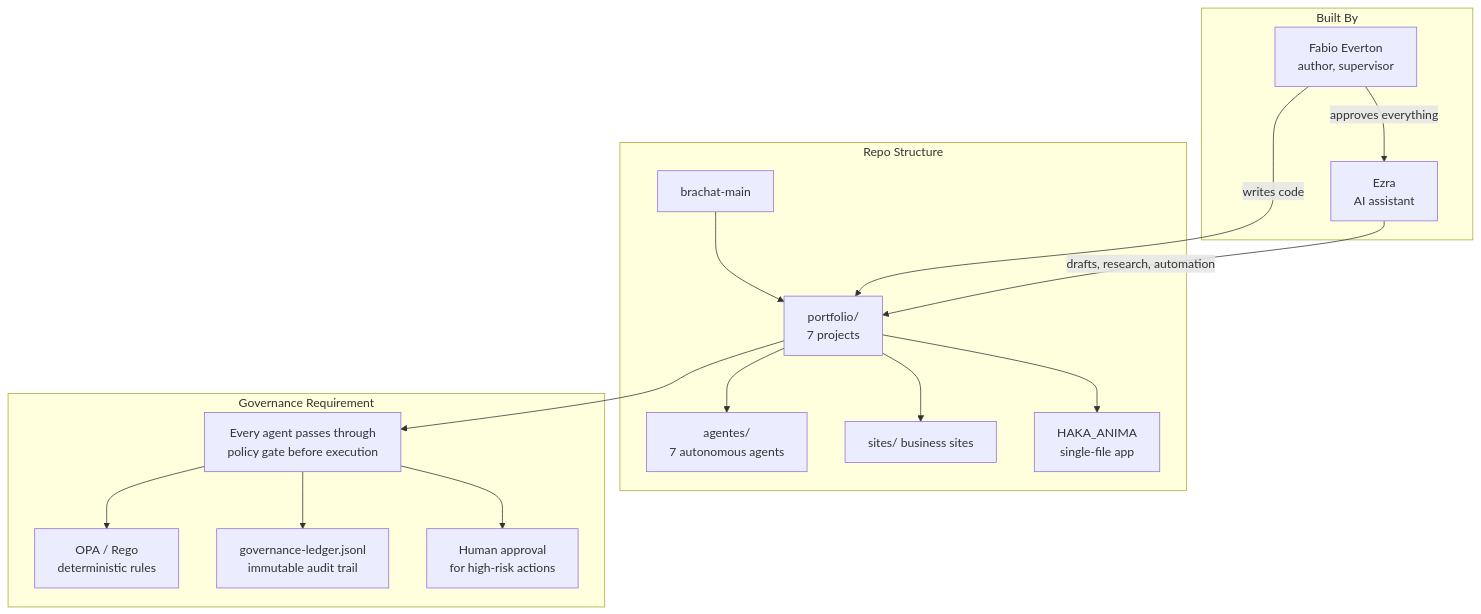
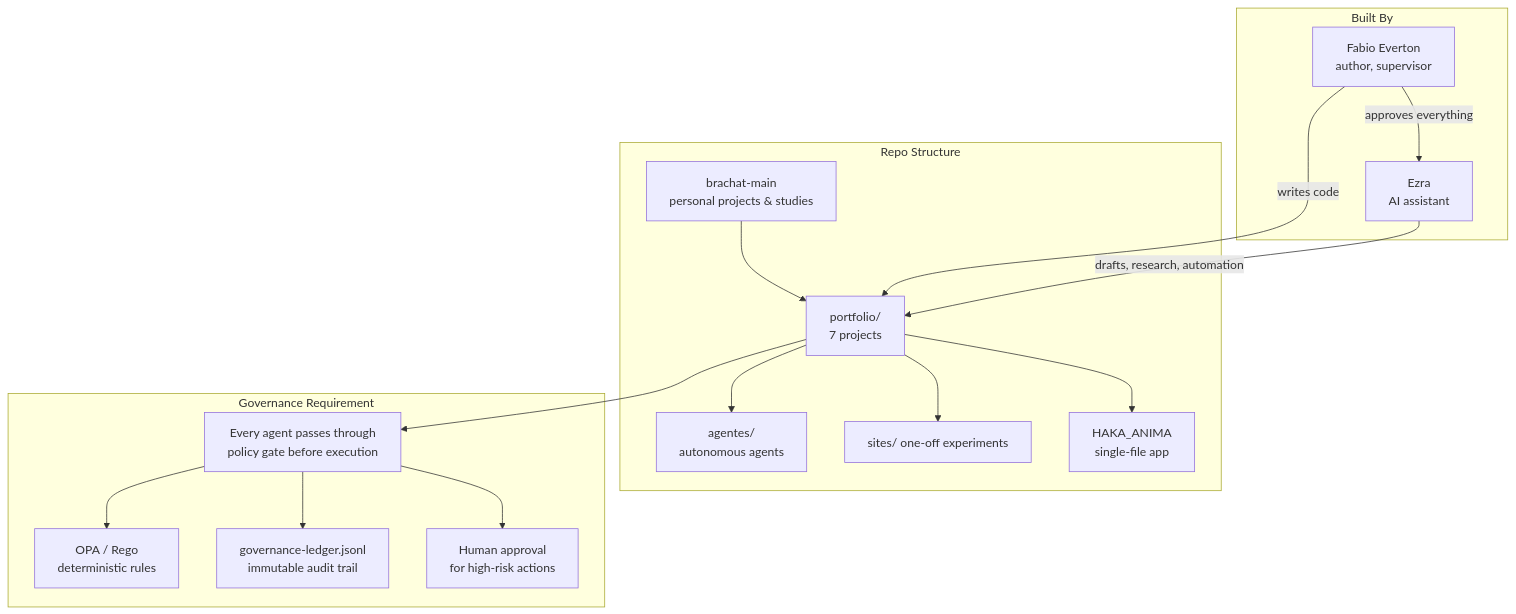
The first of 4 diagrams in README.md (FABIOEVERTON/BRACHAT-MAIN), drawn with Mermaid before and after one commit. The commit also changed other lines of this file and 137 other files, not shown here.

````diff
--- a/README.md
+++ b/README.md
@@ -9,22 +9,22 @@
 ```mermaid
 graph TD
 subgraph "Repo Structure"
-        ROOT[brachat-main] --> PORT[portfolio/<br/>7 projects]
-        PORT --> A[agentes/<br/>7 autonomous agents]
-        PORT --> S[sites/ business sites]
+        ROOT[brachat-main<br/>personal projects & studies] --> PORT[portfolio/<br/>7 projects]
+        PORT --> A[agentes/<br/>autonomous agents]
+        PORT --> S[sites/ one-off experiments]
         PORT --> K[HAKA_ANIMA<br/>single-file app]
     end
 
     subgraph "Governance Requirement"
         PORT --> GW[Every agent passes through<br/>policy gate before execution]
         GW --> POL[OPA / Rego<br/>deterministic rules]
         GW --> AU[governance-ledger.jsonl<br/>immutable audit trail]
         GW --> HITL[Human approval<br/>for high-risk actions]
     end
 
     subgraph "Built By"
         F[Fabio Everton<br/>author, supervisor] -->|writes code| PORT
         EZ[Ezra<br/>AI assistant] -->|drafts, research, automation| PORT
         F -->|approves everything| EZ
     end
 ```
````
